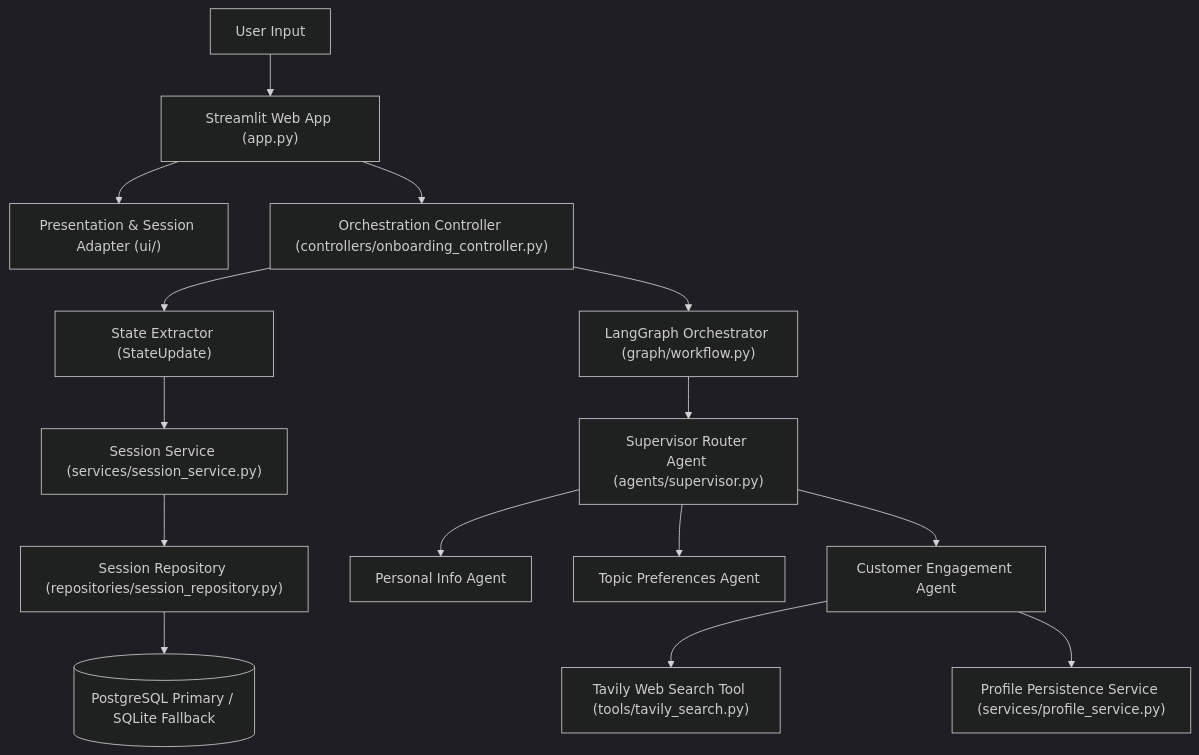
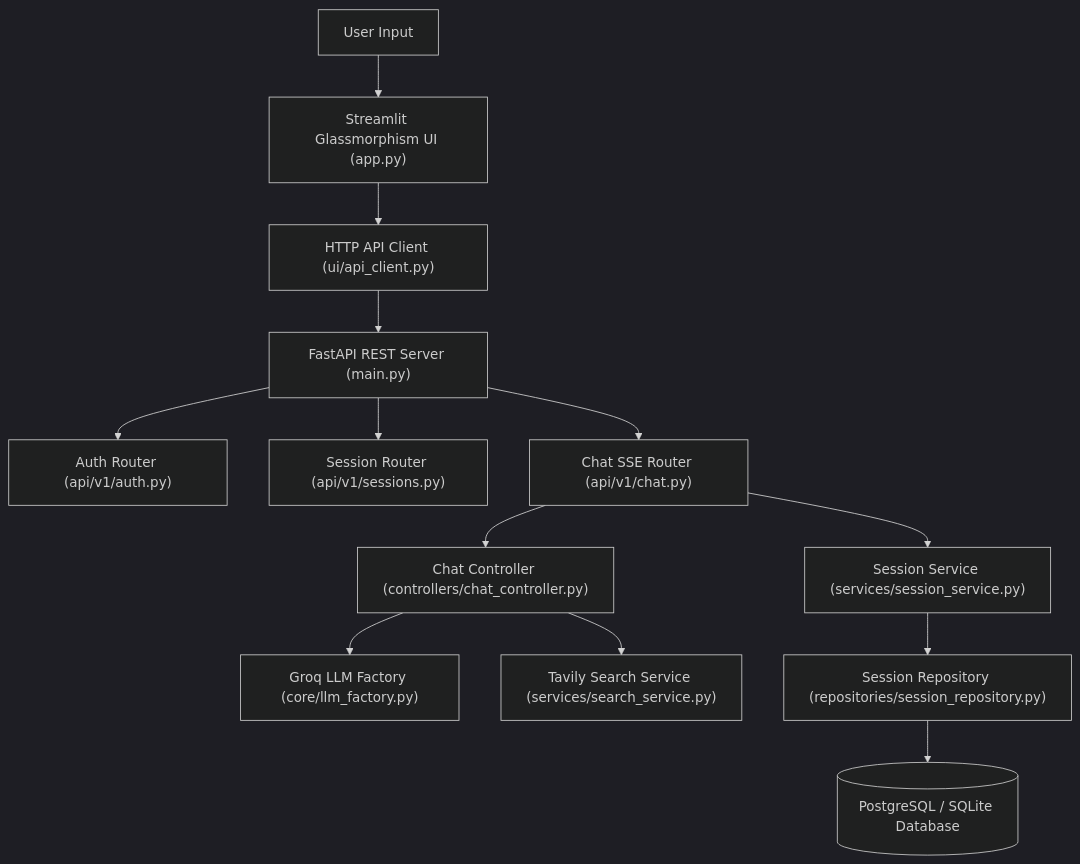
One commit to gokul-steveai/conversation_agent changed the diagram in README.md. Above: the diagram before and after it, drawn with Mermaid (dark theme). The commit also changed other lines of this file and 41 other files, not shown here.

````diff
--- a/README.md
+++ b/README.md
@@ -22,22 +22,18 @@
 ```mermaid
 flowchart TD
-    User["User Input"] --> App["Streamlit Web App (app.py)"]
-    App --> UI["Presentation & Session Adapter (ui/)"]
-    App --> Controller["Orchestration Controller (controllers/onboarding_controller.py)"]
+    User["User Input"] --> Streamlit["Streamlit Glassmorphism UI (app.py)"]
+    Streamlit --> APIClient["HTTP API Client (ui/api_client.py)"]
     
-    Controller --> StateRefiner["State Extractor (StateUpdate)"]
-    StateRefiner --> SessionSvc["Session Service (services/session_service.py)"]
+    APIClient --> FastAPIServer["FastAPI REST Server (main.py)"]
+    FastAPIServer --> AuthRouter["Auth Router (api/v1/auth.py)"]
+    FastAPIServer --> SessionRouter["Session Router (api/v1/sessions.py)"]
+    FastAPIServer --> ChatRouter["Chat SSE Router (api/v1/chat.py)"]
     
-    SessionSvc --> SessionRepo["Session Repository (repositories/session_repository.py)"]
-    SessionRepo --> Database[("PostgreSQL Primary / SQLite Fallback")]
+    ChatRouter --> ChatController["Chat Controller (controllers/chat_controller.py)"]
+    ChatController --> LLMFactory["Groq LLM Factory (core/llm_factory.py)"]
+    ChatController --> SearchService["Tavily Search Service (services/search_service.py)"]
     
-    Controller --> Graph["LangGraph Orchestrator (graph/workflow.py)"]
-    Graph --> Supervisor["Supervisor Router Agent (agents/supervisor.py)"]
-    
-    Supervisor --> AgentPI["Personal Info Agent"]
-    Supervisor --> AgentTP["Topic Preferences Agent"]
-    Supervisor --> AgentCE["Customer Engagement Agent"]
-    
-    AgentCE --> SearchTool["Tavily Web Search Tool (tools/tavily_search.py)"]
-    AgentCE --> ProfileService["Profile Persistence Service (services/profile_service.py)"]
+    ChatRouter --> SessionService["Session Service (services/session_service.py)"]
+    SessionService --> SessionRepo["Session Repository (repositories/session_repository.py)"]
+    SessionRepo --> Database[("PostgreSQL / SQLite Database")]
 ```
````
